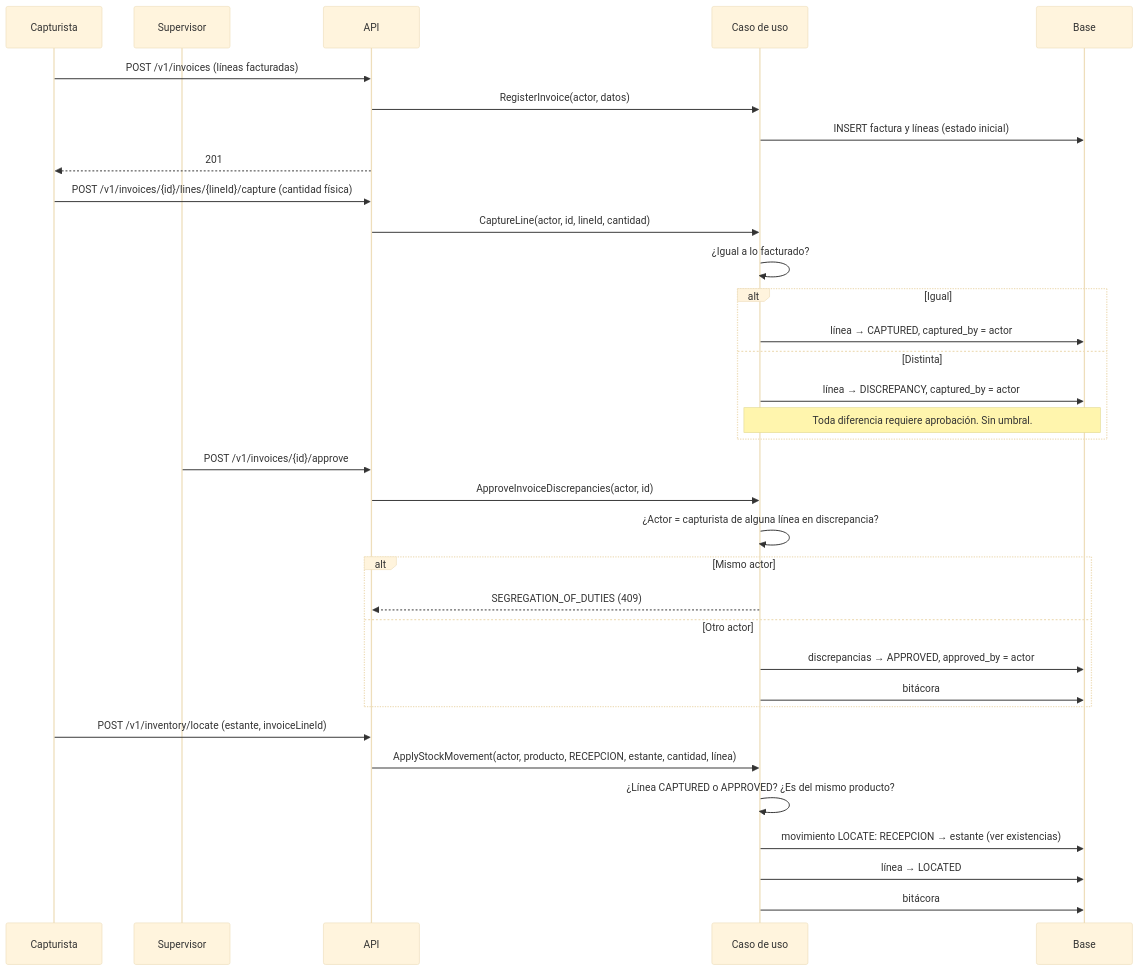
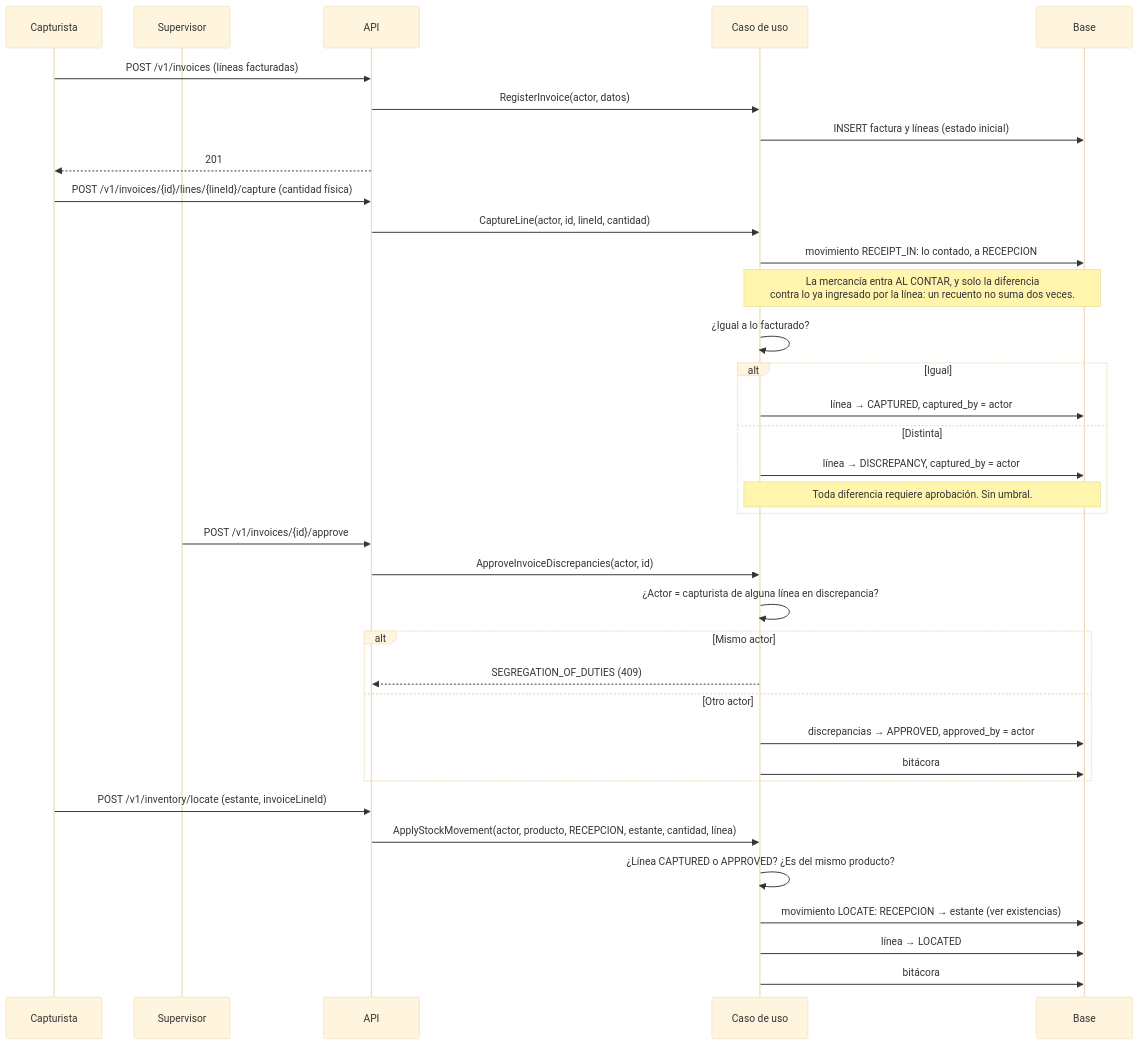
Before and after one commit to maag070208/AXZY_STOCK_FLOW: the second of 2 diagrams in docs/flujos/recepcion.md, drawn with Mermaid (base theme). The commit also changed other lines of this file and 80 other files, not shown here.

````diff
--- a/docs/flujos/recepcion.md
+++ b/docs/flujos/recepcion.md
@@ -39,40 +39,42 @@
 ```mermaid
 sequenceDiagram
     participant C as Capturista
     participant S as Supervisor
     participant API
     participant UC as Caso de uso
     participant DB as Base
 
     C->>API: POST /v1/invoices (líneas facturadas)
     API->>UC: RegisterInvoice(actor, datos)
     UC->>DB: INSERT factura y líneas (estado inicial)
     API-->>C: 201
 
     C->>API: POST /v1/invoices/{id}/lines/{lineId}/capture (cantidad física)
     API->>UC: CaptureLine(actor, id, lineId, cantidad)
+    UC->>DB: movimiento RECEIPT_IN: lo contado, a RECEPCION
+    Note over UC,DB: La mercancía entra AL CONTAR, y solo la diferencia<br/>contra lo ya ingresado por la línea: un recuento no suma dos veces.
     UC->>UC: ¿Igual a lo facturado?
     alt Igual
         UC->>DB: línea → CAPTURED, captured_by = actor
     else Distinta
         UC->>DB: línea → DISCREPANCY, captured_by = actor
         Note over UC,DB: Toda diferencia requiere aprobación. Sin umbral.
     end
 
     S->>API: POST /v1/invoices/{id}/approve
     API->>UC: ApproveInvoiceDiscrepancies(actor, id)
     UC->>UC: ¿Actor = capturista de alguna línea en discrepancia?
     alt Mismo actor
         UC-->>API: SEGREGATION_OF_DUTIES (409)
     else Otro actor
         UC->>DB: discrepancias → APPROVED, approved_by = actor
         UC->>DB: bitácora
     end
 
     C->>API: POST /v1/inventory/locate (estante, invoiceLineId)
     API->>UC: ApplyStockMovement(actor, producto, RECEPCION, estante, cantidad, línea)
     UC->>UC: ¿Línea CAPTURED o APPROVED? ¿Es del mismo producto?
     UC->>DB: movimiento LOCATE: RECEPCION → estante (ver existencias)
     UC->>DB: línea → LOCATED
     UC->>DB: bitácora
 ```
````
